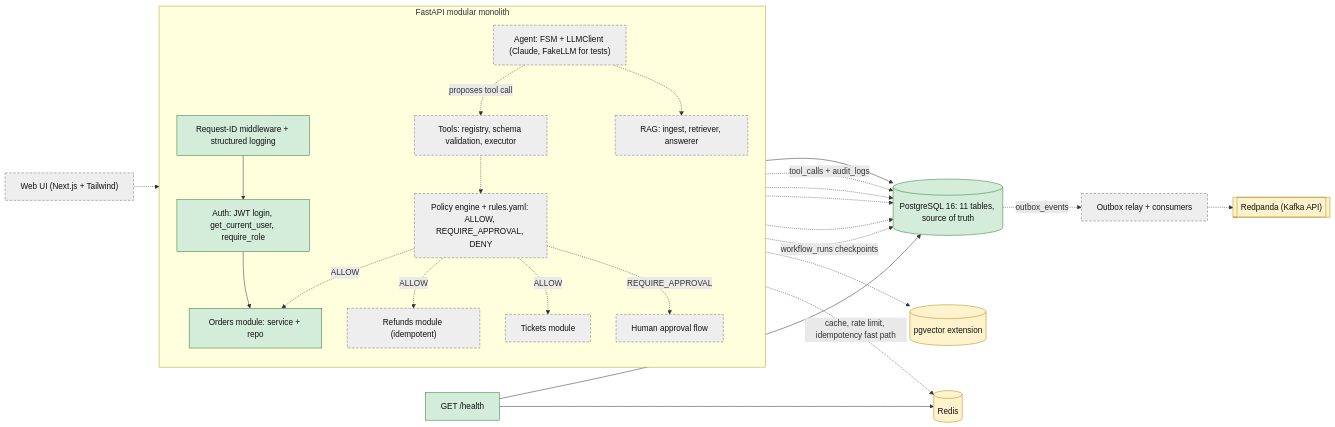
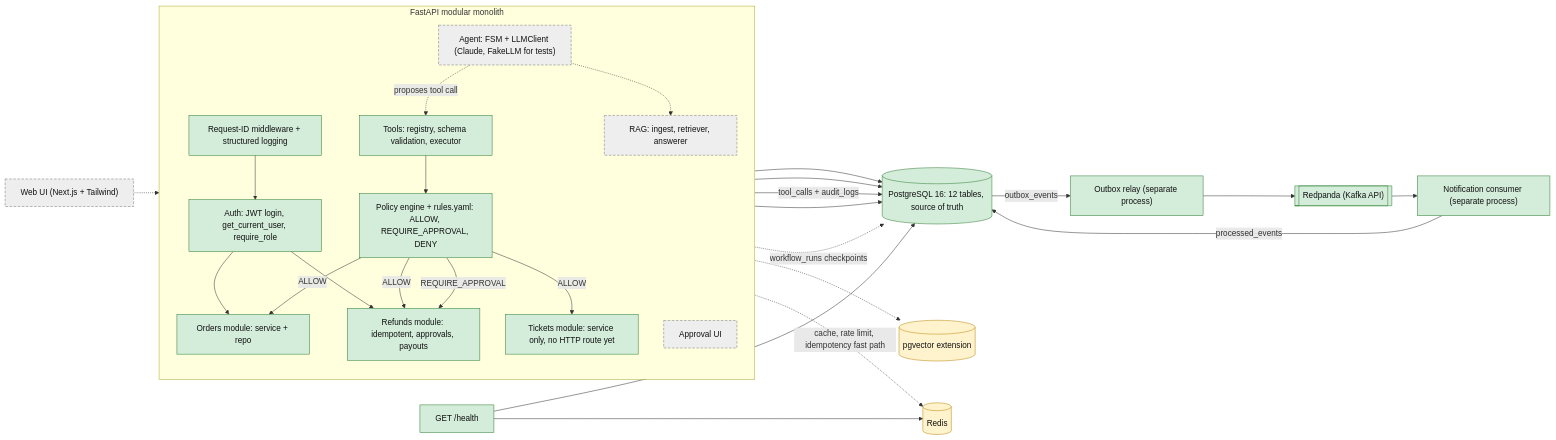
One commit to lokakshworkspace-creator/ai-customer-ops-platform changed the first of 7 diagrams in docs/architecture.md. Above: the diagram before and after it, drawn with Mermaid. The commit also changed other lines of this file, not shown here.

Commit message:
docs/architecture.md: Phase 2 as built (tool pipeline, refund and event-pipeline flows, locking, 12-table ER regenerated from the models, module layout from git ls-files)

````diff
--- a/docs/architecture.md
+++ b/docs/architecture.md
@@ -15,51 +17,52 @@
 ```mermaid
 flowchart LR
     classDef built fill:#d4edda,stroke:#2e7d32,color:#111
     classDef prov fill:#fff3cd,stroke:#b8860b,color:#111
     classDef planned fill:#eeeeee,stroke:#777,stroke-dasharray: 5 3,color:#111
 
     UI["Web UI (Next.js + Tailwind)"]:::planned
     HEALTH["GET /health"]:::built
 
     subgraph API["FastAPI modular monolith"]
         direction TB
         MW["Request-ID middleware + structured logging"]:::built
         AUTH["Auth: JWT login, get_current_user, require_role"]:::built
         ORD["Orders module: service + repo"]:::built
-        REF["Refunds module (idempotent)"]:::planned
-        TKT["Tickets module"]:::planned
+        REF["Refunds module: idempotent, approvals, payouts"]:::built
+        TKT["Tickets module: service only, no HTTP route yet"]:::built
+        TOOLS["Tools: registry, schema validation, executor"]:::built
+        POL["Policy engine + rules.yaml: ALLOW, REQUIRE_APPROVAL, DENY"]:::built
         AGENT["Agent: FSM + LLMClient (Claude, FakeLLM for tests)"]:::planned
-        TOOLS["Tools: registry, schema validation, executor"]:::planned
-        POL["Policy engine + rules.yaml: ALLOW, REQUIRE_APPROVAL, DENY"]:::planned
-        APPR["Human approval flow"]:::planned
+        APPRUI["Approval UI"]:::planned
         RAG["RAG: ingest, retriever, answerer"]:::planned
     end
 
-    PG[("PostgreSQL 16: 11 tables, source of truth")]:::built
+    PG[("PostgreSQL 16: 12 tables, source of truth")]:::built
     VEC[("pgvector extension")]:::prov
     RD[("Redis")]:::prov
-    RELAY["Outbox relay + consumers"]:::planned
-    RP[["Redpanda (Kafka API)"]]:::prov
+    RELAY["Outbox relay (separate process)"]:::built
+    CONS["Notification consumer (separate process)"]:::built
+    RP[["Redpanda (Kafka API)"]]:::built
 
     UI -.-> MW
     MW --> AUTH --> ORD --> PG
+    AUTH --> REF --> PG
     HEALTH --> PG
     HEALTH --> RD
 
     AGENT -. "proposes tool call" .-> TOOLS
-    TOOLS -.-> POL
-    POL -. "ALLOW" .-> ORD
-    POL -. "ALLOW" .-> REF
-    POL -. "ALLOW" .-> TKT
-    POL -. "REQUIRE_APPROVAL" .-> APPR
-    TOOLS -. "tool_calls + audit_logs" .-> PG
-    REF -.-> PG
-    TKT -.-> PG
-    APPR -.-> PG
+    TOOLS --> POL
+    POL -- "ALLOW" --> ORD
+    POL -- "ALLOW" --> REF
+    POL -- "ALLOW" --> TKT
+    POL -- "REQUIRE_APPROVAL" --> REF
+    TOOLS -- "tool_calls + audit_logs" --> PG
+    TKT --> PG
     AGENT -. "workflow_runs checkpoints" .-> PG
     AGENT -.-> RAG
     RAG -.-> VEC
     TOOLS -. "cache, rate limit, idempotency fast path" .-> RD
-    PG -. "outbox_events" .-> RELAY
-    RELAY -.-> RP
+    PG -- "outbox_events" --> RELAY
+    RELAY --> RP --> CONS
+    CONS -- "processed_events" --> PG
 ```
````
